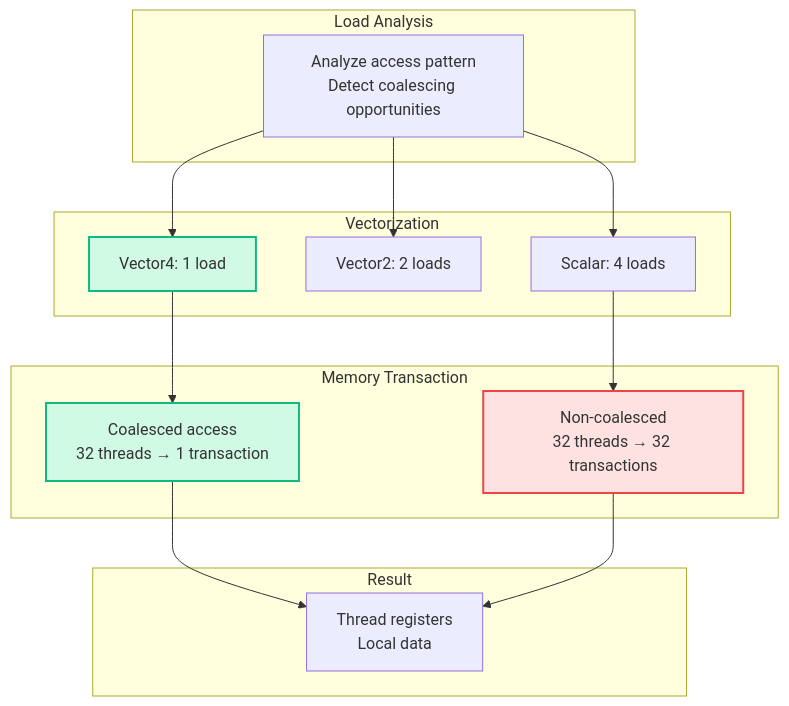
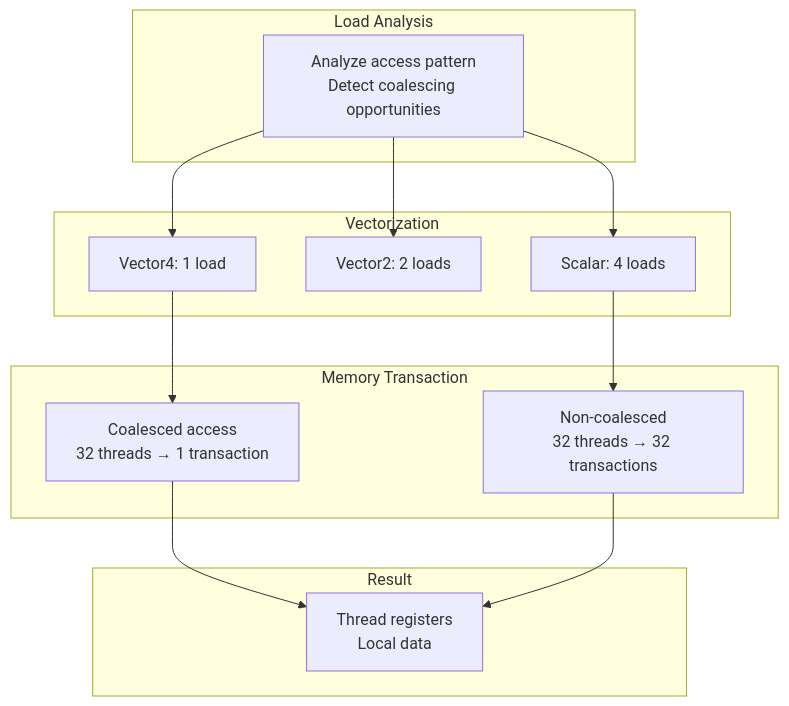
Before and after one commit to hdt98/rocm-libraries: the fourth of 5 diagrams in projects/composablekernel/docs/conceptual/ck_tile/tile_window.rst, drawn with Mermaid. The commit also changed other lines of this file and 21 other files, not shown here.

First line of the commit message:
[ck] Updated CK Tile documentation to use mermaid diagrams (#7955)

```diff
--- a/projects/composablekernel/docs/conceptual/ck_tile/tile_window.rst
+++ b/projects/composablekernel/docs/conceptual/ck_tile/tile_window.rst
@@ -372,35 +332,31 @@
-   .. mermaid::
-   
-      graph TB
-          subgraph "Load Analysis"
-              Analyze["Analyze access pattern<br/>Detect coalescing opportunities"]
-          end
-          
-          subgraph "Vectorization"
-              V1["Scalar: 4 loads"]
-              V2["Vector2: 2 loads"]
-              V4["Vector4: 1 load"]
-          end
-          
-          subgraph "Memory Transaction"
-              Coal["Coalesced access<br/>32 threads → 1 transaction"]
-              NonCoal["Non-coalesced<br/>32 threads → 32 transactions"]
-          end
-          
-          subgraph "Result"
-              Reg["Thread registers<br/>Local data"]
-          end
-          
-          Analyze --> V1
-          Analyze --> V2
-          Analyze --> V4
-          
-          V4 --> Coal
-          V1 --> NonCoal
-          
-          Coal --> Reg
-          NonCoal --> Reg
-          
-          style V4 fill:#d1fae5,stroke:#10b981,stroke-width:2px
-          style Coal fill:#d1fae5,stroke:#10b981,stroke-width:2px
-          style NonCoal fill:#fee2e2,stroke:#ef4444,stroke-width:2px
+.. mermaid::
+
+   graph TB
+       subgraph "Load Analysis"
+           Analyze["Analyze access pattern<br/>Detect coalescing opportunities"]
+       end
+
+       subgraph "Vectorization"
+           V1["Scalar: 4 loads"]
+           V2["Vector2: 2 loads"]
+           V4["Vector4: 1 load"]
+       end
+
+       subgraph "Memory Transaction"
+           Coal["Coalesced access<br/>32 threads → 1 transaction"]
+           NonCoal["Non-coalesced<br/>32 threads → 32 transactions"]
+       end
+
+       subgraph "Result"
+           Reg["Thread registers<br/>Local data"]
+       end
+
+       Analyze --> V1
+       Analyze --> V2
+       Analyze --> V4
+
+       V4 --> Coal
+       V1 --> NonCoal
+
+       Coal --> Reg
+       NonCoal --> Reg
```
